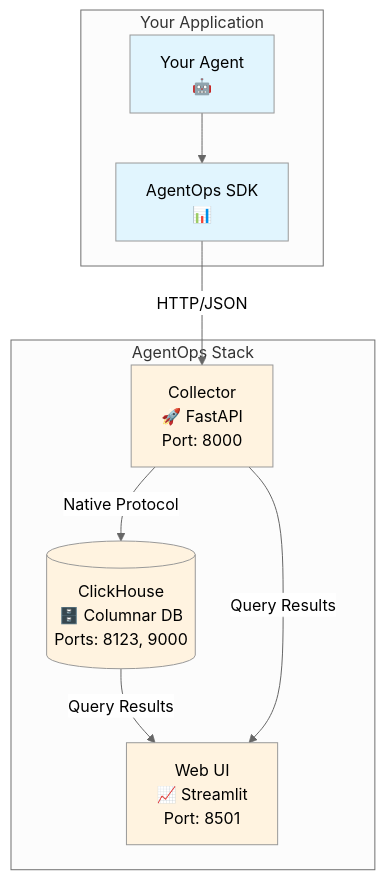
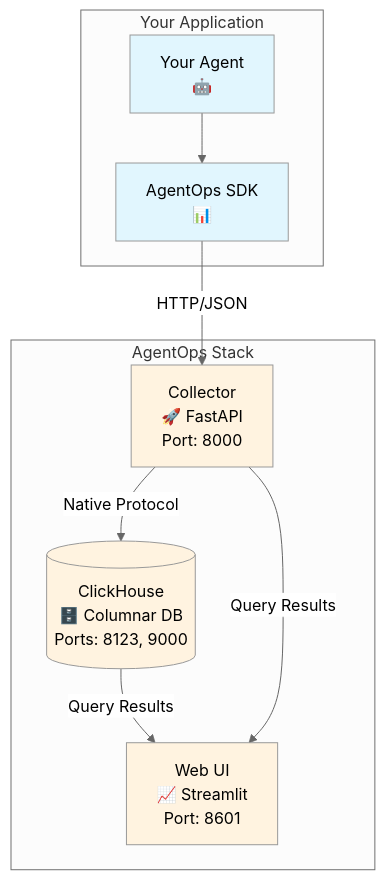
The diagram in README.md (arec1b0/agentops-oss), drawn with Mermaid (neutral theme) before and after one commit. The commit also changed other lines of this file, not shown here.

Commit message:
Update README to reflect changes in UI port from 8501 to 8601, adjust Kubernetes badge color, and correct latency metrics from P95 to P96. Update roadmap timelines to 2026.

````diff
--- a/README.md
+++ b/README.md
@@ -25,25 +25,25 @@
 ```mermaid
 graph TB
     subgraph "Your Application"
         A[Your Agent<br/>🤖]
         SDK[AgentOps SDK<br/>📊]
     end
 
     subgraph "AgentOps Stack"
         C[Collector<br/>🚀 FastAPI<br/>Port: 8000]
         CH[(ClickHouse<br/>🗄️ Columnar DB<br/>Ports: 8123, 9000)]
-        UI[Web UI<br/>📈 Streamlit<br/>Port: 8501]
+        UI[Web UI<br/>📈 Streamlit<br/>Port: 8601]
     end
 
     A --> SDK
     SDK -->|HTTP/JSON| C
     C -->|Native Protocol| CH
     CH -->|Query Results| UI
     C -->|Query Results| UI
 
-    style A fill:#e1f5fe
-    style SDK fill:#e1f5fe
+    style A fill:#e1f6fe
+    style SDK fill:#e1f6fe
     style C fill:#fff3e0
     style CH fill:#fff3e0
     style UI fill:#fff3e0
 ```
````
